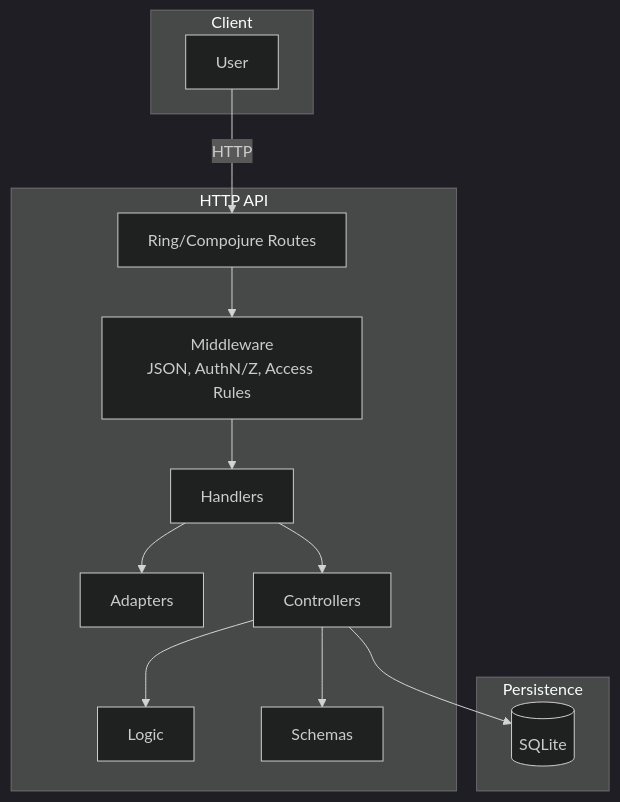
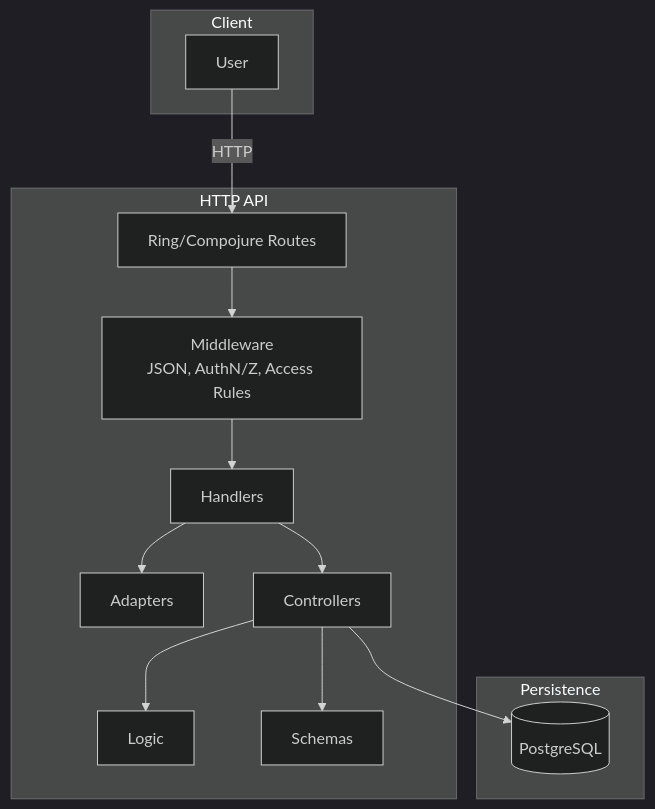
Before and after one commit to marlonchalegre/api-peladaapp: the diagram in README.md, drawn with Mermaid (dark theme). The commit also changed other lines of this file and 258 other files, not shown here.

````diff
--- a/README.md
+++ b/README.md
@@ -125,27 +133,27 @@
 ```mermaid
 flowchart TD
   subgraph Client
     U[User]
   end
 
   subgraph API[HTTP API]
     A[Ring/Compojure Routes]
     M[Middleware\nJSON, AuthN/Z, Access Rules]
     H[Handlers]
     D[Adapters]
     C[Controllers]
     L[Logic]
     S[Schemas]
   end
 
   subgraph Data[Persistence]
-    DB[(SQLite)]
+    DB[(PostgreSQL)]
   end
 
   U -->|HTTP| A --> M --> H
   H --> D
   H --> C
   C --> L
   C --> S
   C --> DB
 ```
````
